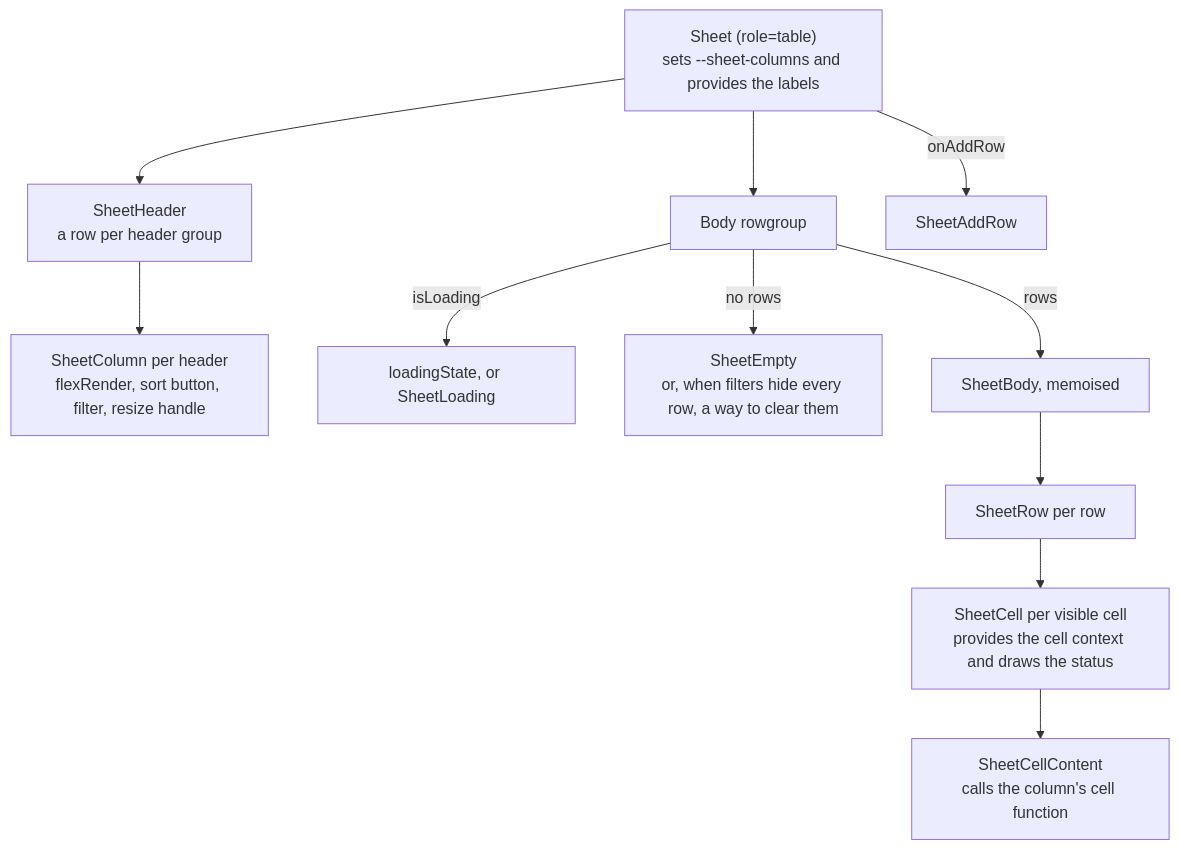
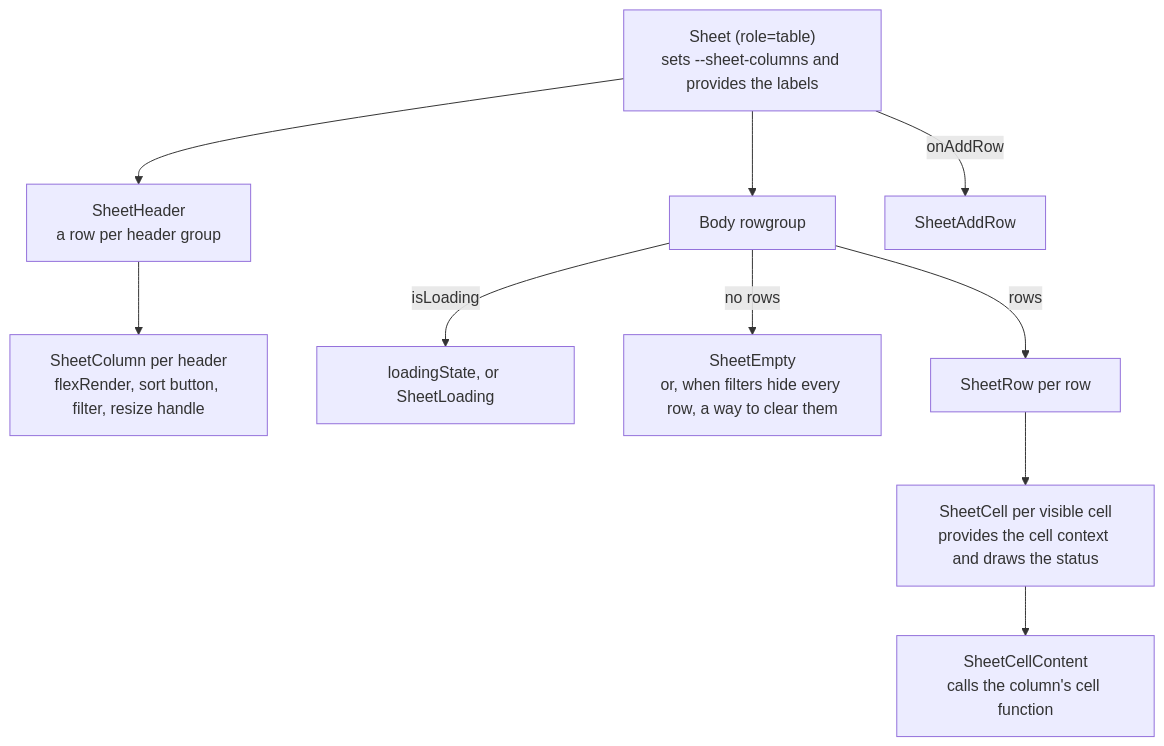
Before and after one commit to codemancers/sheets: the first of 2 diagrams in docs/architecture.md, drawn with Mermaid. The commit also changed other lines of this file and 2 other files, not shown here.

````diff
--- a/docs/architecture.md
+++ b/docs/architecture.md
@@ -55,14 +55,13 @@
 ```mermaid
 flowchart TD
   Sheet["Sheet (role=table)<br/>sets --sheet-columns and provides the labels"]
   Sheet --> Header["SheetHeader<br/>a row per header group"]
   Header --> Column["SheetColumn per header<br/>flexRender, sort button, filter, resize handle"]
   Sheet --> Body["Body rowgroup"]
   Body -->|isLoading| Loading["loadingState, or SheetLoading"]
   Body -->|no rows| Empty["SheetEmpty<br/>or, when filters hide every row, a way to clear them"]
-  Body -->|rows| Rows["SheetBody, memoised"]
-  Rows --> Row["SheetRow per row"]
+  Body -->|rows| Row["SheetRow per row"]
   Row --> Cell["SheetCell per visible cell<br/>provides the cell context and draws the status"]
   Cell --> Content["SheetCellContent<br/>calls the column's cell function"]
   Sheet -->|onAddRow| AddRow["SheetAddRow"]
 ```
````
